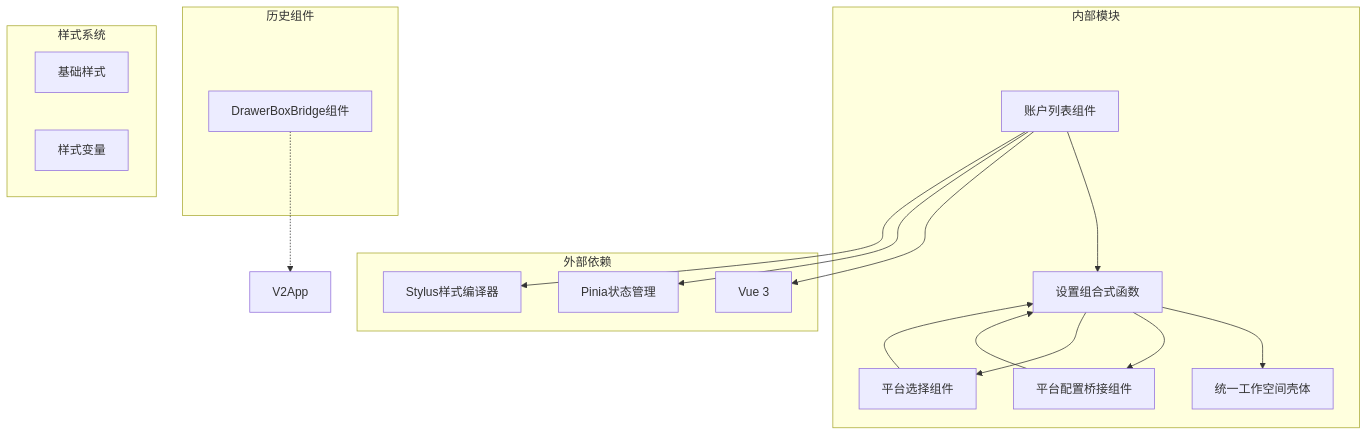
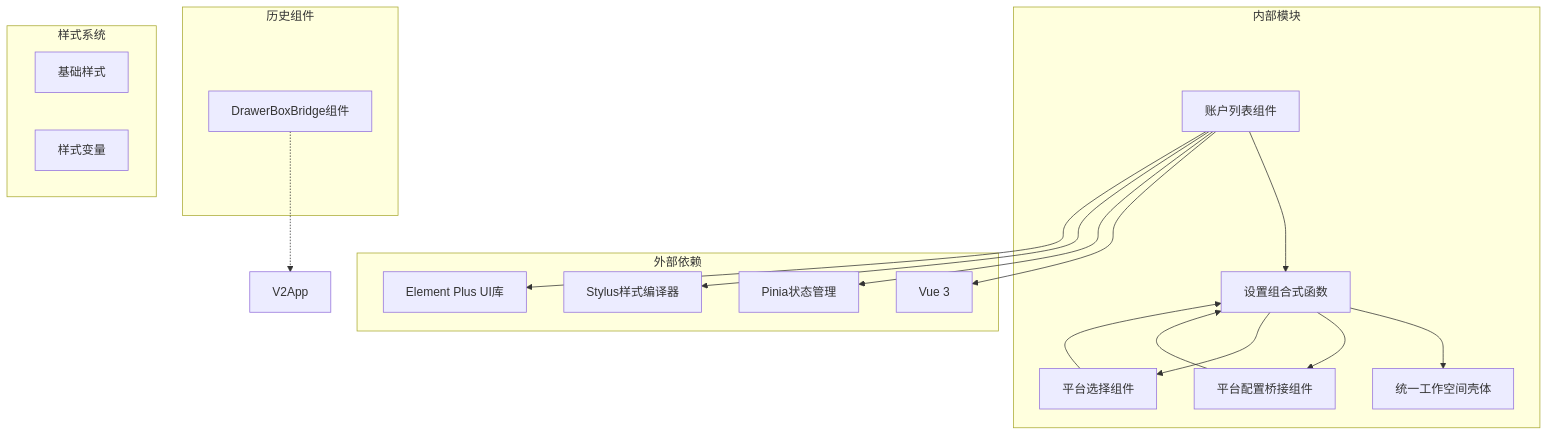
Diagram 15 of 16 in .qoder/repowiki/zh/content/V2 Account List Component.md (terwer/siyuan-plugin-publisher), drawn with Mermaid before and after one commit. The commit also changed other lines of this file and 3 other files, not shown here.

First line of the commit message:
feat(account): enhance V2AccountList with UI improvements and integrate Element Plus

````diff
--- a/.qoder/repowiki/zh/content/V2 Account List Component.md
+++ b/.qoder/repowiki/zh/content/V2 Account List Component.md
@@ -362,32 +578,34 @@
 ```mermaid
 graph TB
 subgraph "外部依赖"
 Vue[Vue 3]
 Pinia[Pinia状态管理]
 Stylus[Stylus样式编译器]
+ElementPlus[Element Plus UI库]
 end
 subgraph "内部模块"
 V2AccountList[账户列表组件]
 useV2Settings[设置组合式函数]
 V2PlatformConfigBridge[平台配置桥接组件]
 V2PlatformSelect[平台选择组件]
 UnifiedWorkspaceShell[统一工作空间壳体]
 end
 subgraph "历史组件"
 DrawerBoxBridge[DrawerBoxBridge组件]
 end
 subgraph "样式系统"
 baseStyl[基础样式]
 variablesStyl[样式变量]
 end
 V2AccountList --> useV2Settings
 useV2Settings --> UnifiedWorkspaceShell
 useV2Settings --> V2PlatformConfigBridge
 useV2Settings --> V2PlatformSelect
 V2PlatformConfigBridge --> useV2Settings
 V2PlatformSelect --> useV2Settings
 V2AccountList --> Vue
 V2AccountList --> Pinia
 V2AccountList --> Stylus
+V2AccountList --> ElementPlus
 DrawerBoxBridge -.-> V2App
 ```
````
